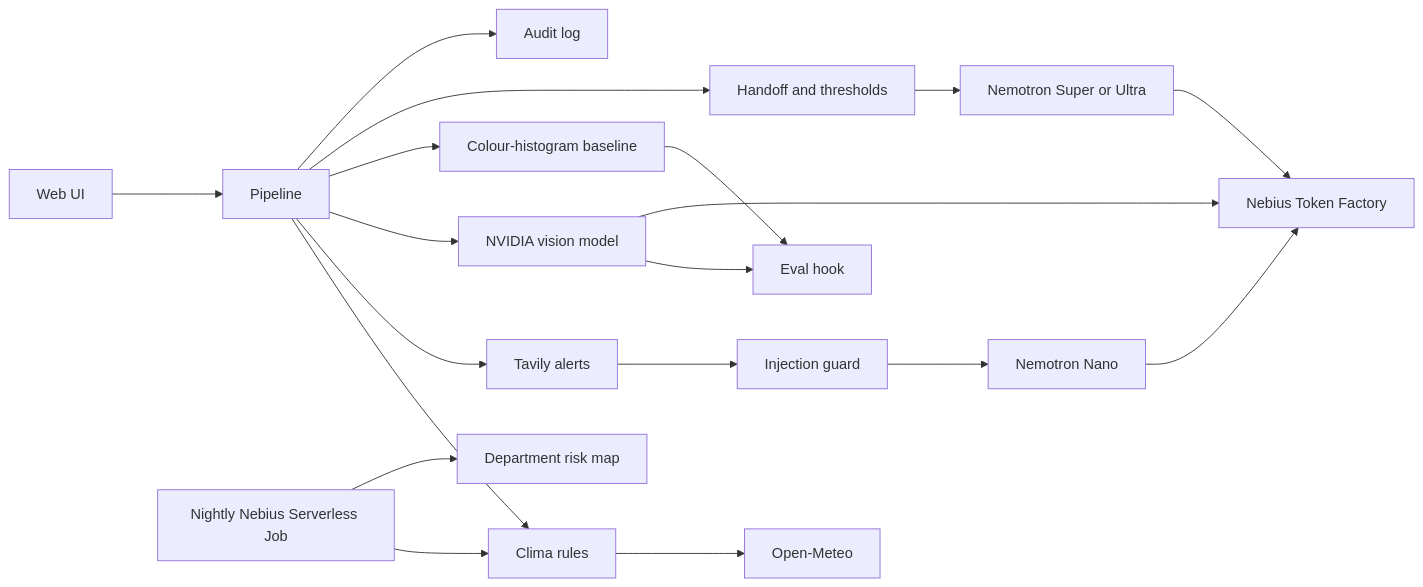
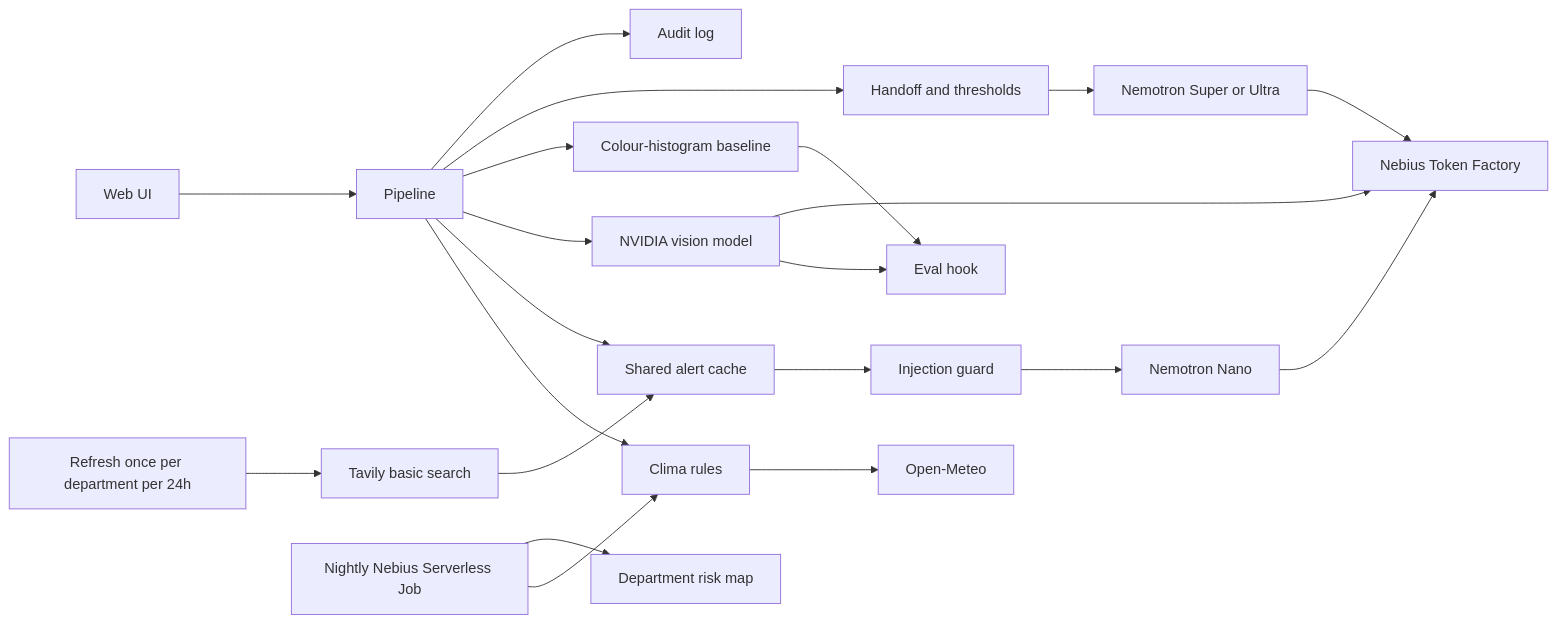
Before and after one commit to jaime-sql/agroclima-agent: the diagram in README.md, drawn with Mermaid. The commit also changed other lines of this file and 16 other files, not shown here.

First line of the commit message:
feat: cap Tavily searches and serve a shared alert cache

````diff
--- a/README.md
+++ b/README.md
@@ -67,21 +69,23 @@
 ```mermaid
 flowchart LR
   UI[Web UI] --> Pipe[Pipeline]
   Pipe --> Clima[Clima rules]
   Clima --> Meteo[Open-Meteo]
-  Pipe --> Tavily[Tavily alerts]
-  Tavily --> Guard[Injection guard]
+  Pipe --> Cache[Shared alert cache]
+  Refresh[Refresh once per department per 24h] --> Tavily[Tavily basic search]
+  Tavily --> Cache
+  Cache --> Guard[Injection guard]
   Guard --> Nano[Nemotron Nano]
   Pipe --> Vision[NVIDIA vision model]
   Pipe --> Hist[Colour-histogram baseline]
   Vision --> Eval[Eval hook]
   Hist --> Eval
   Pipe --> Rules[Handoff and thresholds]
   Rules --> Plan[Nemotron Super or Ultra]
   Nano --> TF[Nebius Token Factory]
   Vision --> TF
   Plan --> TF
   Job[Nightly Nebius Serverless Job] --> Clima
   Job --> Map[Department risk map]
   Pipe --> Audit[Audit log]
 ```
````
